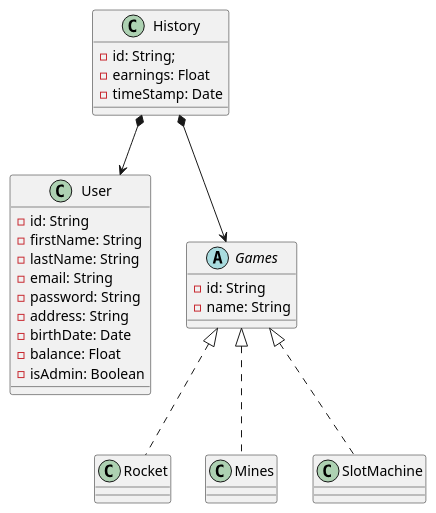
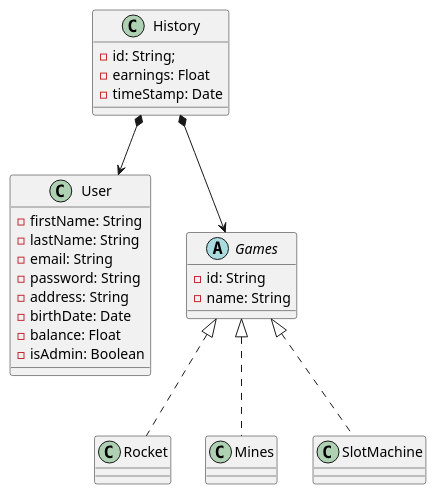
Before and after one commit to jojo-jrd/Ensimag-CasiDio: the third of 3 diagrams in README.md, drawn with PlantUML. The commit also changed 2 other files, not shown here.

Commit message:
[FEAT] can create user with swagger

````diff
--- a/README.md
+++ b/README.md
@@ -135,35 +135,34 @@
 ```plantuml
 class User{
-  -id: String
   -firstName: String
   -lastName: String
   -email: String
   -password: String
   -address: String
   -birthDate: Date
   -balance: Float
   -isAdmin: Boolean
 }
 
 abstract Games{
   -id: String
   -name: String
 }
 
 class Rocket implements Games{
 }
 class Mines implements Games{
 }
 class SlotMachine implements Games{
 }
 
 class History{
  -id: String;
  -earnings: Float
  -timeStamp: Date
 }
 
 
 History *--> User
 History *--> Games
 ```
````
